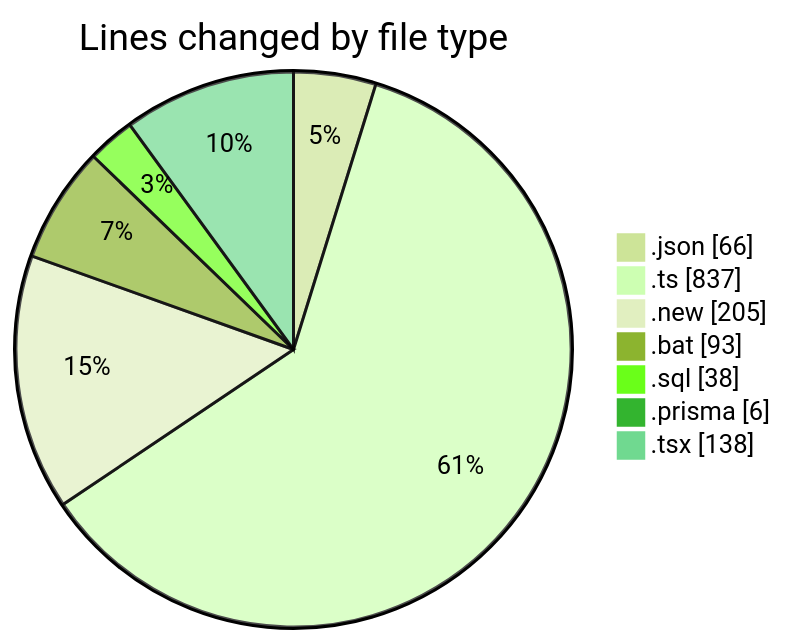
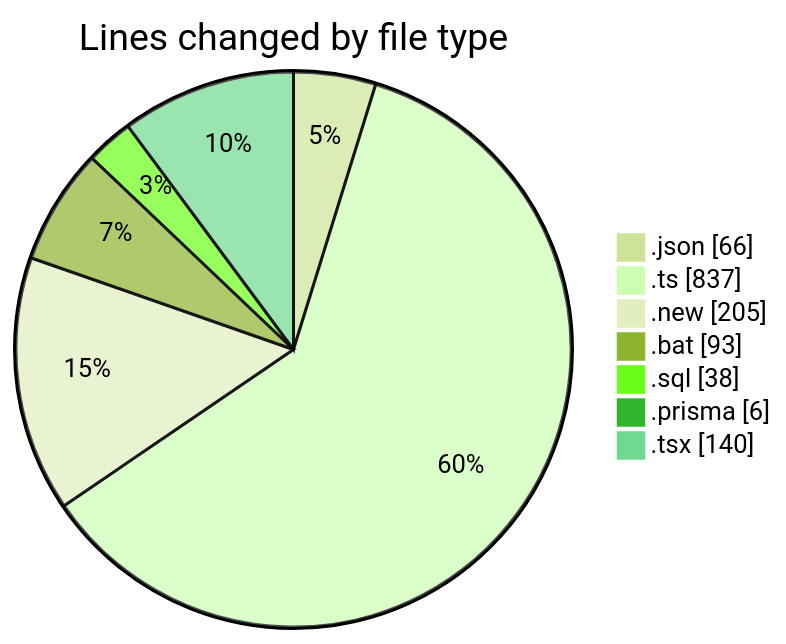
Before and after one commit to CELIANVF/code-tracking: the first of 2 diagrams in 2025-05-20/ecodeli-1/README.md, drawn with Mermaid (forest theme). The commit also changed other lines of this file and 1 other file, not shown here.

````diff
--- a/2025-05-20/ecodeli-1/README.md
+++ b/2025-05-20/ecodeli-1/README.md
@@ -34,11 +34,11 @@
 ```mermaid
 pie showData
 title Lines changed by file type
 ".json" : 66
 ".ts" : 837
 ".new" : 205
 ".bat" : 93
 ".sql" : 38
 ".prisma" : 6
-".tsx" : 138
+".tsx" : 140
 ```
````
